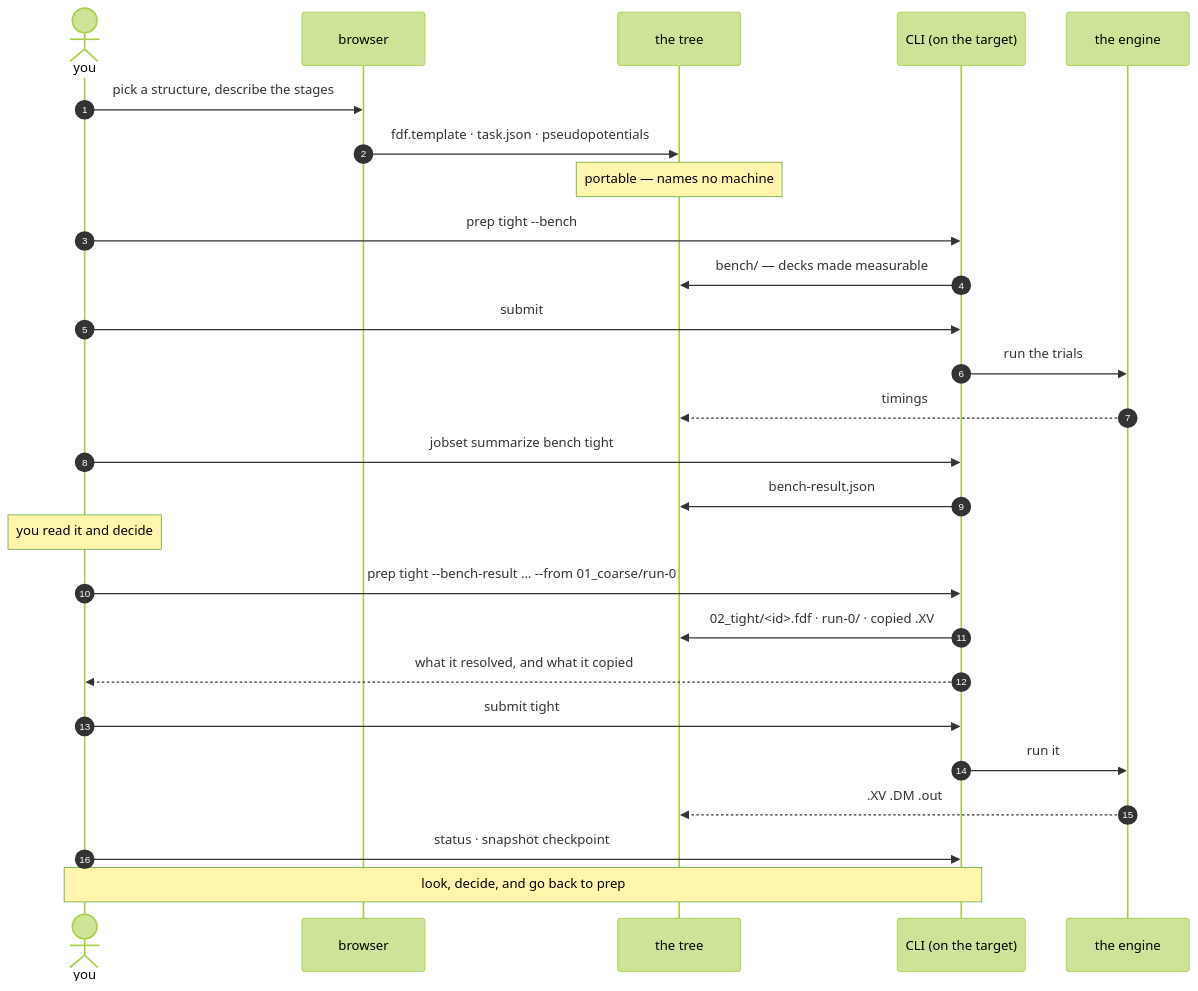
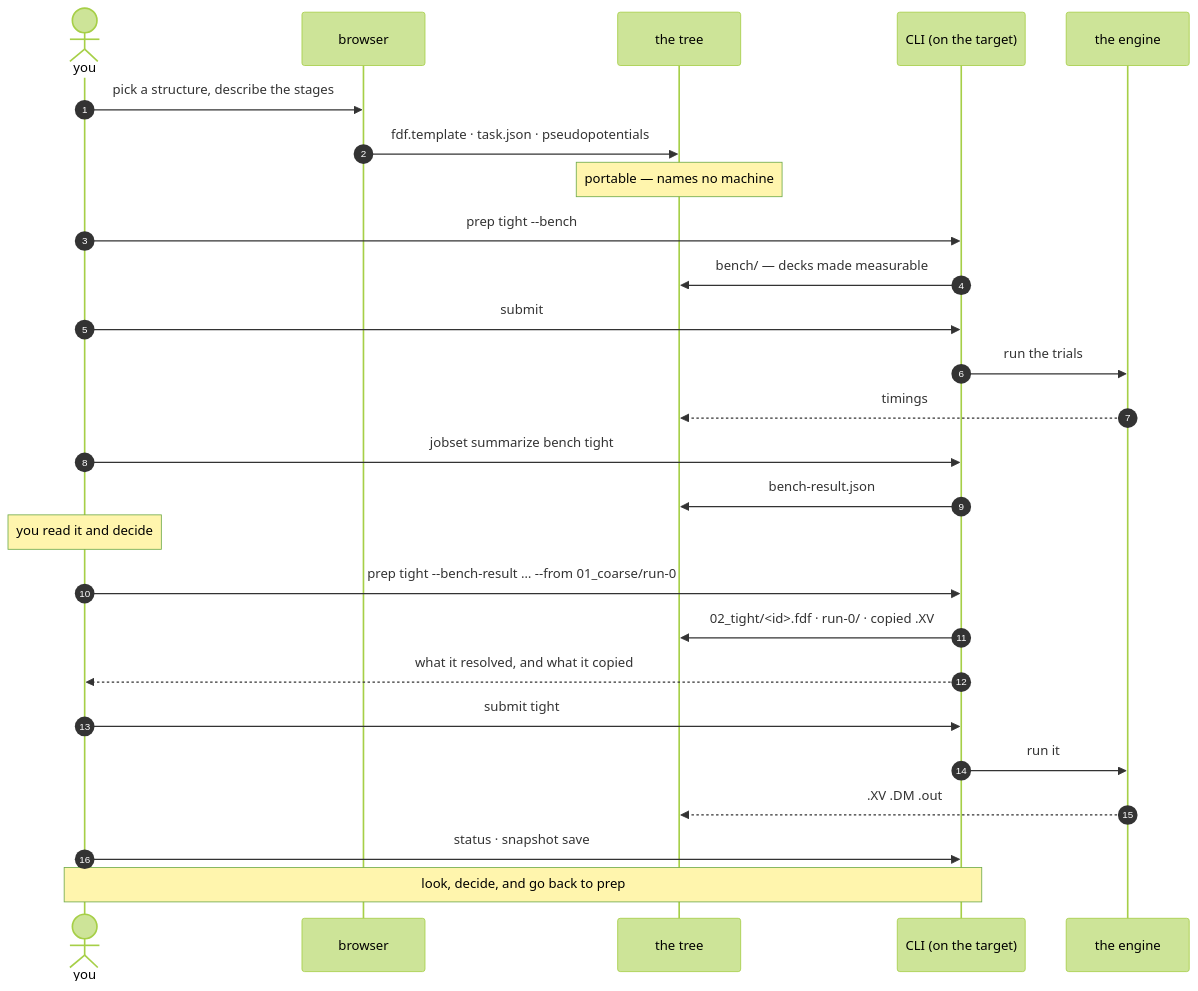
Before and after one commit to Qing-LAB/molbuilder: the eighth of 9 diagrams in docs/execution/project-layout.md, drawn with Mermaid (forest theme). The commit also changed other lines of this file and 4 other files, not shown here.

````diff
--- a/docs/execution/project-layout.md
+++ b/docs/execution/project-layout.md
@@ -778,33 +778,33 @@
 ```mermaid
 sequenceDiagram
     autonumber
     actor U as you
     participant B as browser
     participant T as the tree
     participant C as CLI (on the target)
     participant E as the engine
 
     U->>B: pick a structure, describe the stages
     B->>T: fdf.template · task.json · pseudopotentials
     Note over T: portable — names no machine
 
     U->>C: prep tight --bench
     C->>T: bench/ — decks made measurable
     U->>C: submit
     C->>E: run the trials
     E-->>T: timings
     U->>C: jobset summarize bench tight
     C->>T: bench-result.json
 
     Note over U: you read it and decide
 
     U->>C: prep tight --bench-result … --from 01_coarse/run-0
     C->>T: 02_tight/<id>.fdf · run-0/ · copied .XV
     C-->>U: what it resolved, and what it copied
     U->>C: submit tight
     C->>E: run it
     E-->>T: .XV .DM .out
 
-    U->>C: status · snapshot checkpoint
+    U->>C: status · snapshot save
     Note over U,C: look, decide, and go back to prep
 ```
````
